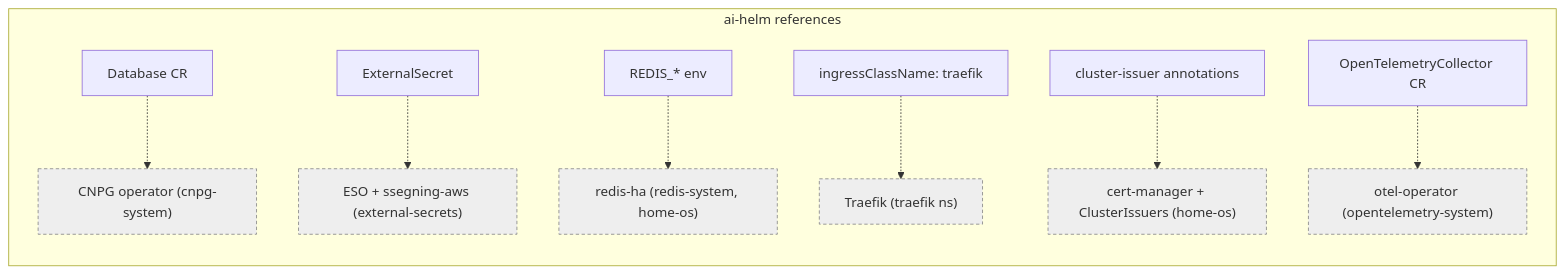
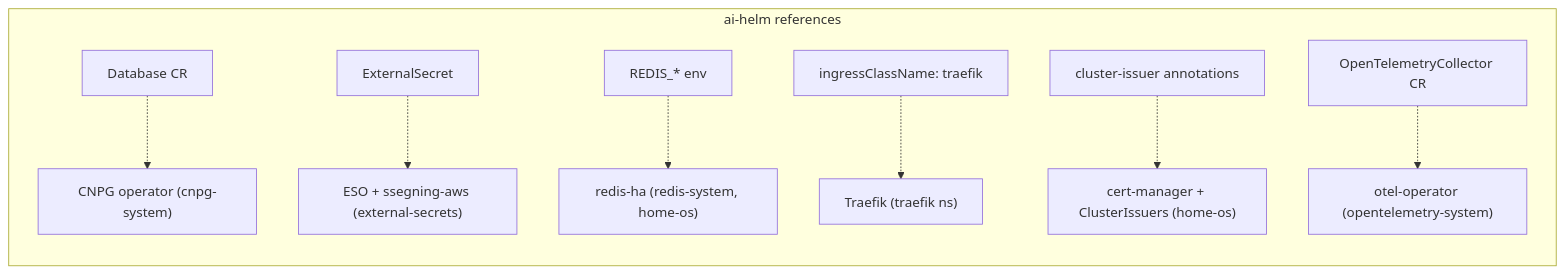
Before and after one commit to ADORSYS-GIS/ai-helm: the fourth of 4 diagrams in docs/architecture/07-data-secrets.md, drawn with Mermaid. The commit also changed other lines of this file and 13 other files, not shown here.

First line of the commit message:
docs(architecture): uncolor all mermaid; refresh CD/components; add diagrams

````diff
--- a/docs/architecture/07-data-secrets.md
+++ b/docs/architecture/07-data-secrets.md
@@ -116,13 +111,11 @@
 ```mermaid
 flowchart LR
     subgraph repo["ai-helm references"]
         R1["Database CR"] -.-> E1["CNPG operator (cnpg-system)"]
         R2["ExternalSecret"] -.-> E2["ESO + ssegning-aws (external-secrets)"]
         R3["REDIS_* env"] -.-> E3["redis-ha (redis-system, home-os)"]
         R4["ingressClassName: traefik"] -.-> E4["Traefik (traefik ns)"]
         R5["cluster-issuer annotations"] -.-> E5["cert-manager + ClusterIssuers (home-os)"]
         R6["OpenTelemetryCollector CR"] -.-> E6["otel-operator (opentelemetry-system)"]
     end
-    classDef e fill:#eee,stroke:#888,stroke-dasharray:4 3;
-    class E1,E2,E3,E4,E5,E6 e;
 ```
````
